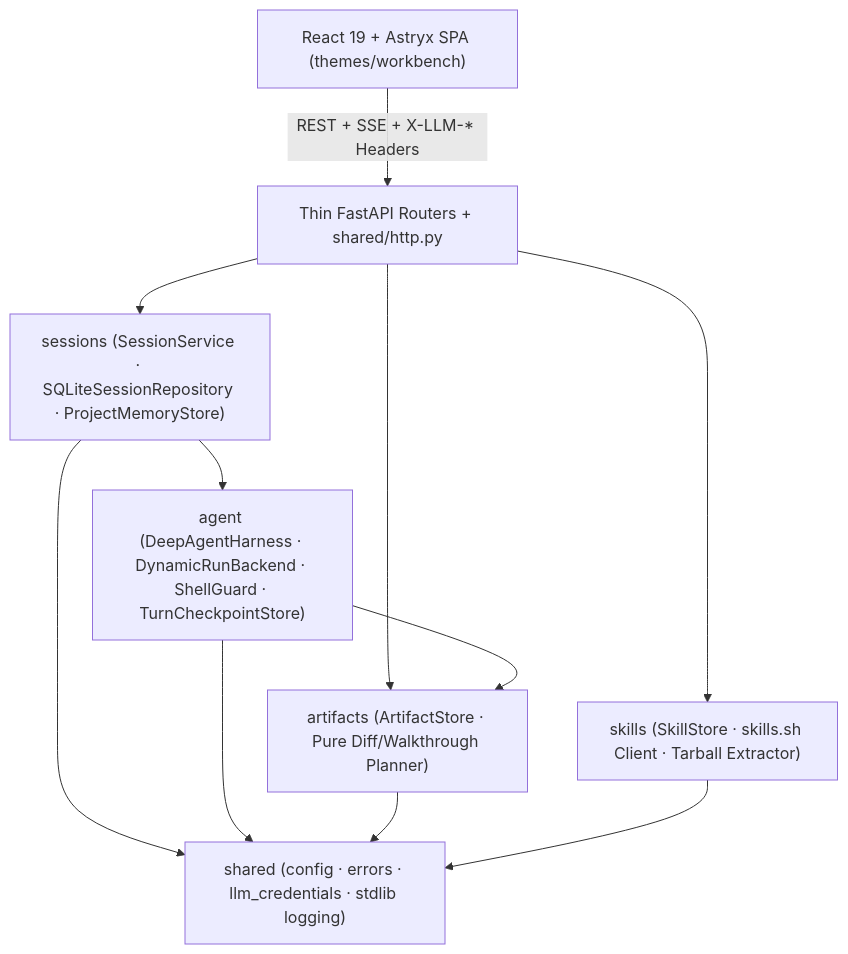
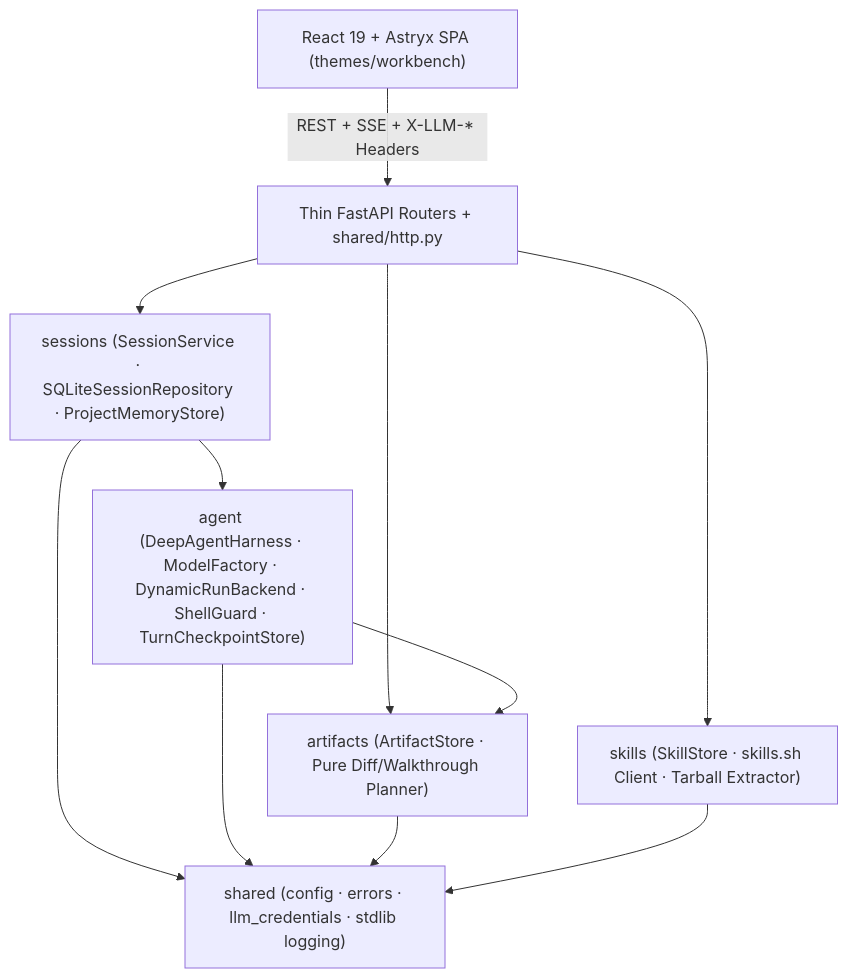
The diagram in docs/architecture.md (Abyssey/anvil), drawn with Mermaid before and after one commit. The commit also changed other lines of this file and 25 other files, not shown here.

Commit message:
feat: harden agent runtime, add Mermaid wheel zoom & 6-stage study docs

````diff
--- a/docs/architecture.md
+++ b/docs/architecture.md
@@ -11,13 +13,13 @@
 ```mermaid
 flowchart TD
   UI["React 19 + Astryx SPA (themes/workbench)"] -->|REST + SSE + X-LLM-* Headers| HTTP["Thin FastAPI Routers + shared/http.py"]
   HTTP --> SESS["sessions (SessionService · SQLiteSessionRepository · ProjectMemoryStore)"]
   HTTP --> SKILLS["skills (SkillStore · skills.sh Client · Tarball Extractor)"]
   HTTP --> ART["artifacts (ArtifactStore · Pure Diff/Walkthrough Planner)"]
-  SESS --> AGENT["agent (DeepAgentHarness · DynamicRunBackend · ShellGuard · TurnCheckpointStore)"]
+  SESS --> AGENT["agent (DeepAgentHarness · ModelFactory · DynamicRunBackend · ShellGuard · TurnCheckpointStore)"]
   AGENT --> ART
   SESS --> SHARED["shared (config · errors · llm_credentials · stdlib logging)"]
   AGENT --> SHARED
   ART --> SHARED
   SKILLS --> SHARED
 ```
````
